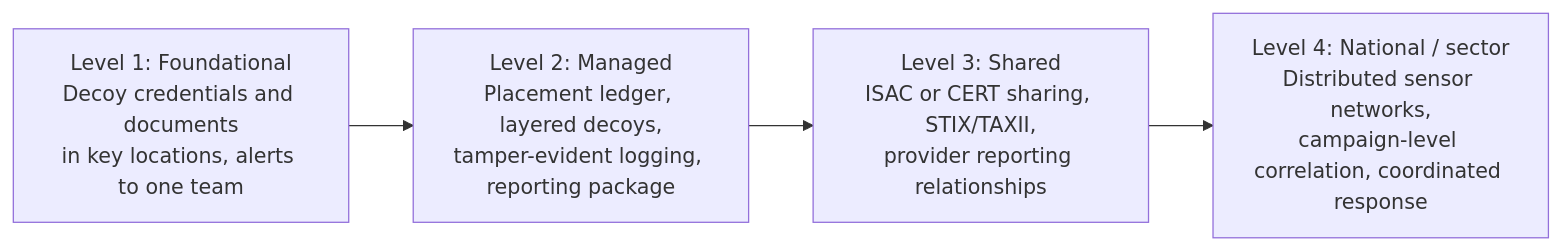
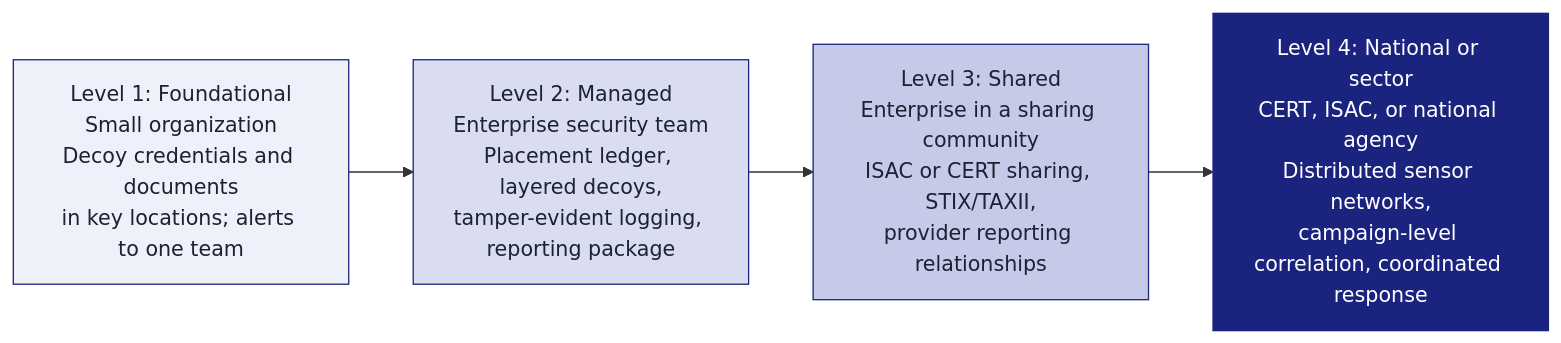
One commit to AndrewAltimit/template-repo changed diagram 11 of 12 in docs/hardware/agent-swarm-honeypot-guide.md. Above: the diagram before and after it, drawn with Mermaid. The commit also changed other lines of this file and 118 other files, not shown here.

````diff
--- a/docs/hardware/agent-swarm-honeypot-guide.md
+++ b/docs/hardware/agent-swarm-honeypot-guide.md
@@ -426,8 +681,16 @@
 ```mermaid
 flowchart LR
-    M1["Level 1: Foundational<br/>Decoy credentials and documents<br/>in key locations, alerts to one team"]
-    M2["Level 2: Managed<br/>Placement ledger, layered decoys,<br/>tamper-evident logging, reporting package"]
-    M3["Level 3: Shared<br/>ISAC or CERT sharing, STIX/TAXII,<br/>provider reporting relationships"]
-    M4["Level 4: National / sector<br/>Distributed sensor networks,<br/>campaign-level correlation, coordinated response"]
+    M1["Level 1: Foundational<br/>Small organization<br/>Decoy credentials and documents<br/>in key locations; alerts to one team"]
+    M2["Level 2: Managed<br/>Enterprise security team<br/>Placement ledger, layered decoys,<br/>tamper-evident logging, reporting package"]
+    M3["Level 3: Shared<br/>Enterprise in a sharing community<br/>ISAC or CERT sharing, STIX/TAXII,<br/>provider reporting relationships"]
+    M4["Level 4: National or sector<br/>CERT, ISAC, or national agency<br/>Distributed sensor networks,<br/>campaign-level correlation, coordinated response"]
     M1 --> M2 --> M3 --> M4
+    classDef l1 fill:#EEF0FA,stroke:#1A237E,color:#1C2233
+    classDef l2 fill:#DADDF2,stroke:#1A237E,color:#1C2233
+    classDef l3 fill:#C5CAE9,stroke:#1A237E,color:#1C2233
+    classDef l4 fill:#1A237E,stroke:#1A237E,color:#FFFFFF
+    class M1 l1
+    class M2 l2
+    class M3 l3
+    class M4 l4
 ```
````
